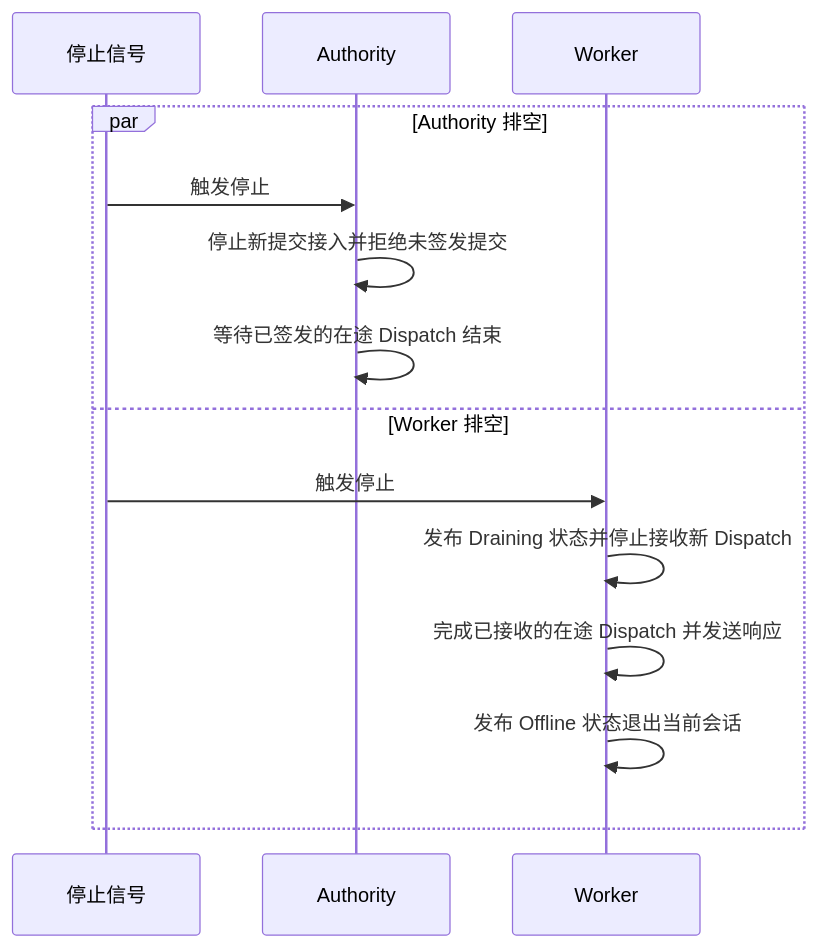
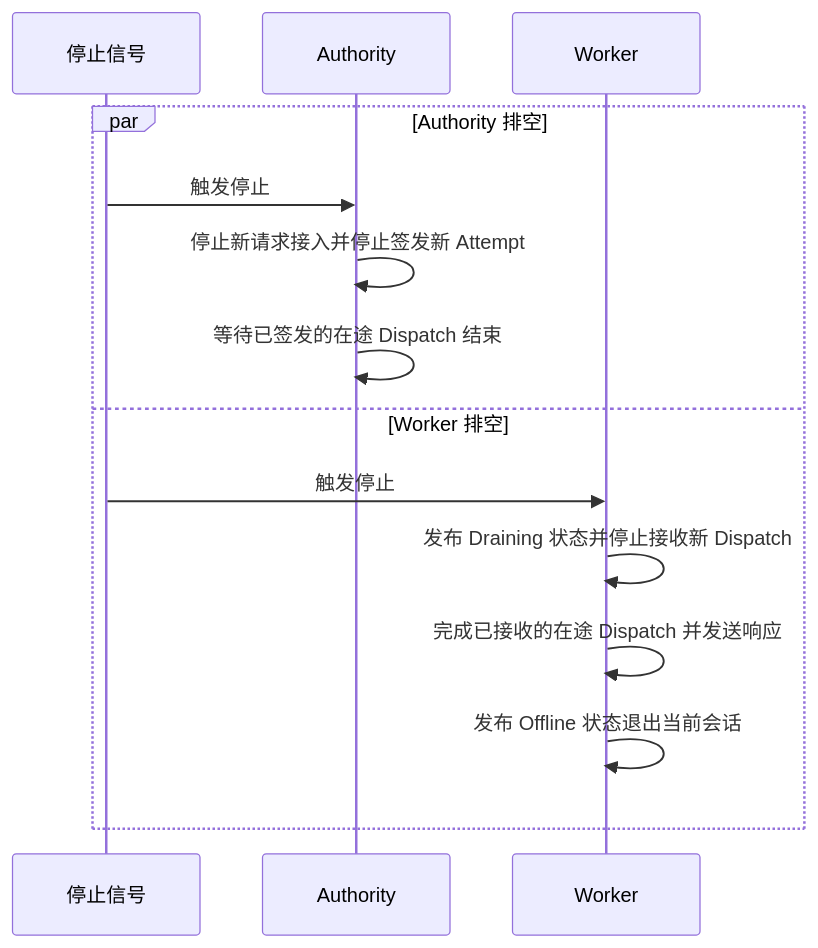
One commit to Everfold/Beamlet changed the diagram in spec/04-session.md. Above: the diagram before and after it, drawn with Mermaid. The commit also changed other lines of this file and 10 other files, not shown here.

````diff
--- a/spec/04-session.md
+++ b/spec/04-session.md
@@ -21,17 +21,17 @@
 ```mermaid
 sequenceDiagram
     participant S as 停止信号
     participant A as Authority
     participant W as Worker
 
     par Authority 排空
         S->>A: 触发停止
-        A->>A: 停止新提交接入并拒绝未签发提交
+        A->>A: 停止新请求接入并停止签发新 Attempt
         A->>A: 等待已签发的在途 Dispatch 结束
     and Worker 排空
         S->>W: 触发停止
         W->>W: 发布 Draining 状态并停止接收新 Dispatch
         W->>W: 完成已接收的在途 Dispatch 并发送响应
         W->>W: 发布 Offline 状态退出当前会话
     end
 ```
````
